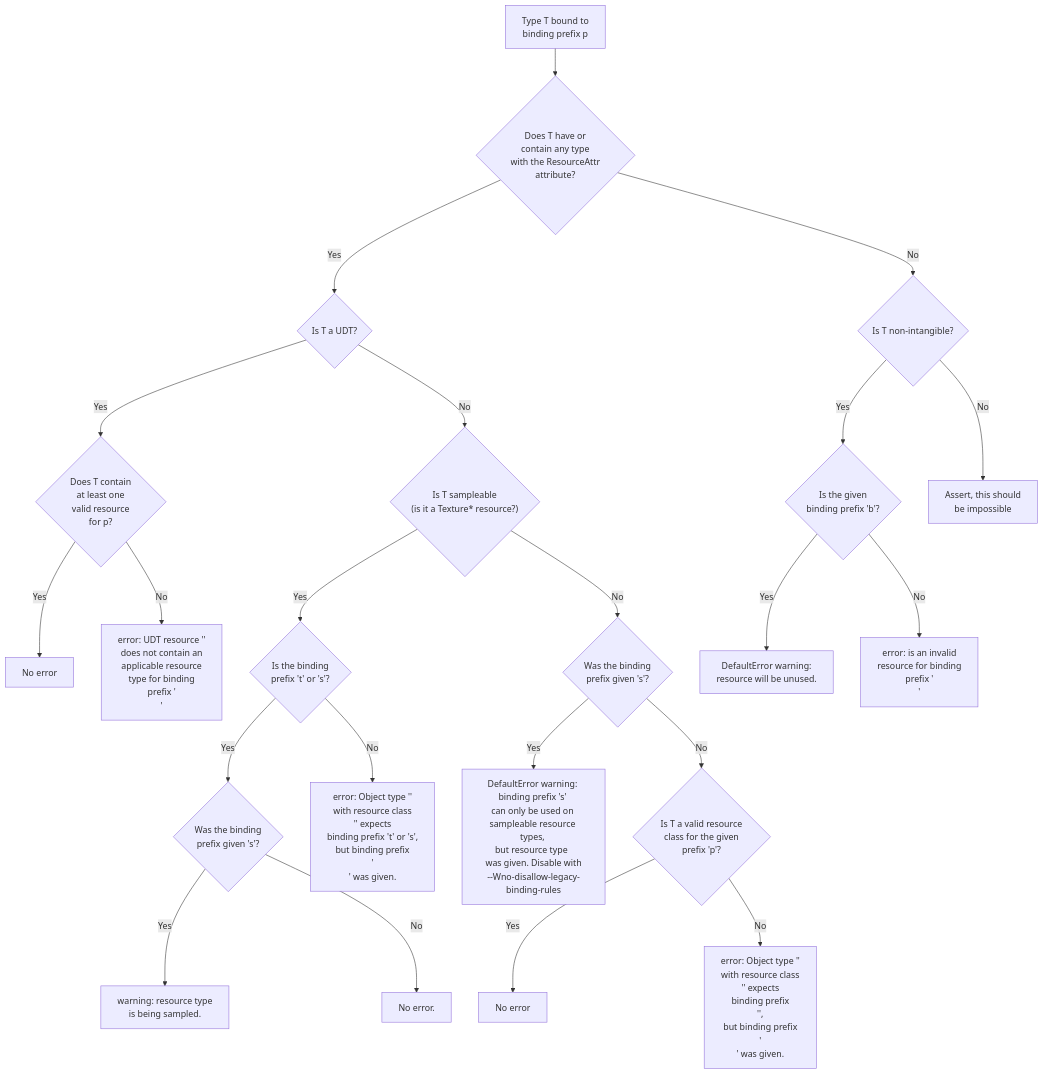
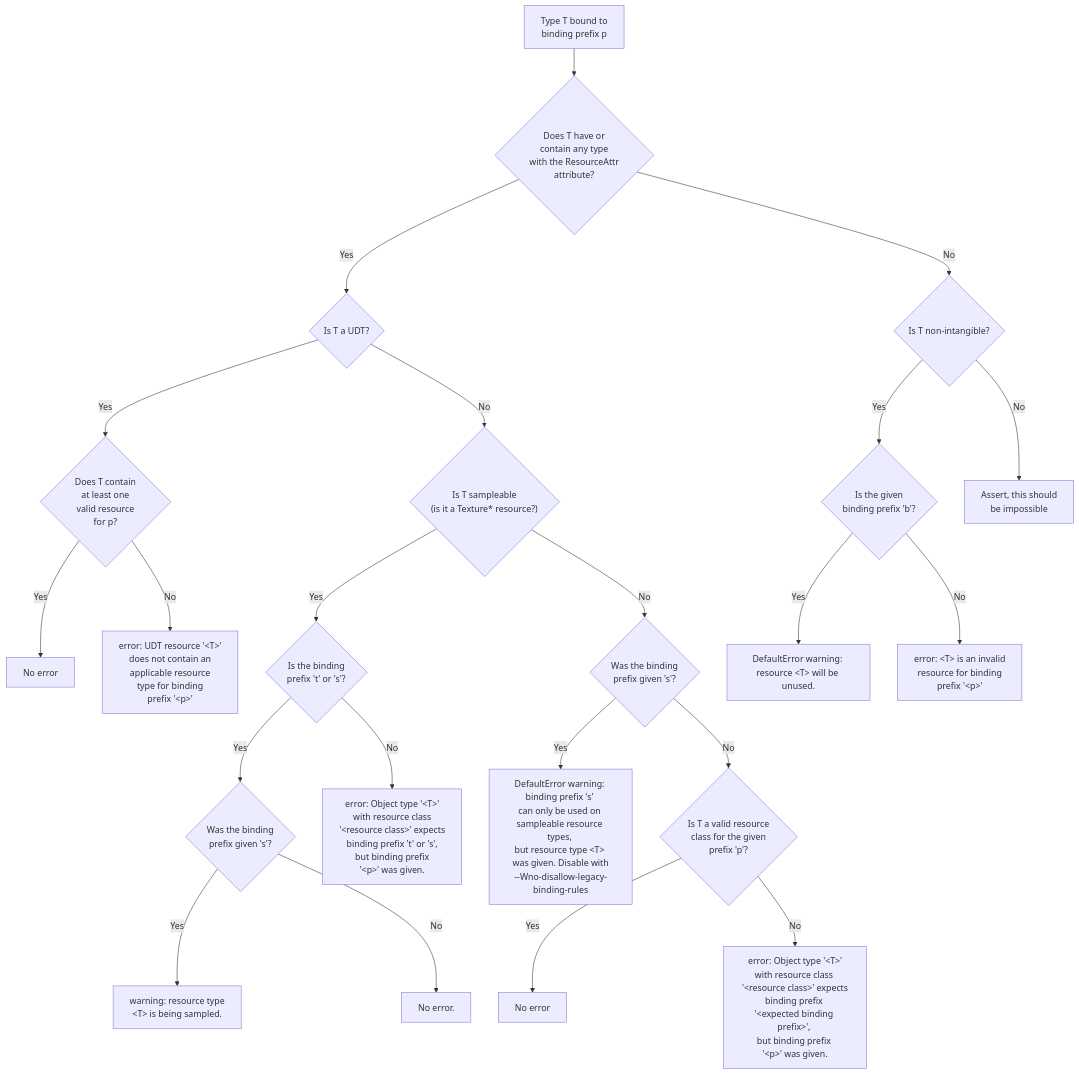
The diagram in proposals/infra/INF-0004-binding-resource-binding-diagnostics.md (microsoft/hlsl-specs), drawn with Mermaid before and after one commit.

Commit message:
use &gt and &lt instead of <>

````diff
--- a/proposals/infra/INF-0004-binding-resource-binding-diagnostics.md
+++ b/proposals/infra/INF-0004-binding-resource-binding-diagnostics.md
@@ -132,64 +132,64 @@
 ```mermaid
 flowchart TD
 A[Type T bound to 
 binding prefix p] --> B{Does T have or 
 contain any type
 with the ResourceAttr
 attribute?}
 B -- Yes -->C{Is T a UDT?}
 B -- No --> M{Is T non-intangible?}
 C -- Yes -->D{Does T contain
 at least one 
 valid resource 
 for p?}
 C -- No -->G{"Is T sampleable 
 (is it a Texture* resource?)"}
 D -- Yes -->E[No error]
-D -- No -->F[error: UDT resource '<T>'
+D -- No -->F[error: UDT resource '&ltT&gt'
 does not contain an 
 applicable resource 
 type for binding 
-prefix '<p>']
+prefix '&ltp&gt']
 G -- Yes -->H{Is the binding 
 prefix 't' or 's'?}
 G -- No --> I{Was the binding 
 prefix given 's'?}
 H -- Yes -->L{Was the binding 
 prefix given 's'?}
-H -- No --> J[error: Object type '<T>' 
+H -- No --> J[error: Object type '&ltT&gt' 
 with resource class 
-'<resource class>' expects 
+'&ltresource class&gt' expects 
 binding prefix 't' or 's', 
 but binding prefix 
-'<p>' was given.]
+'&ltp&gt' was given.]
 I -- Yes --> V[DefaultError warning: 
 binding prefix 's' 
 can only be used on 
 sampleable resource types, 
-but resource type <T> 
+but resource type &ltT&gt 
 was given. Disable with
 --Wno-disallow-legacy-binding-rules]
 I -- No -->K{Is T a valid resource
 class for the given
 prefix 'p'?}
 K -- Yes -->Q[No error]
-K -- No --> R[error: Object type '<T>'
+K -- No --> R[error: Object type '&ltT&gt'
 with resource class 
-'<resource class>' expects
+'&ltresource class&gt' expects
 binding prefix 
-'<expected binding prefix>', 
+'&ltexpected binding prefix&gt', 
 but binding prefix 
-'<p>' was given.]
+'&ltp&gt' was given.]
 L -- Yes -->O[warning: resource type 
-<T> is being sampled.]
+&ltT> is being sampled.]
 L -- No -->P[No error.]
 M -- Yes -->N{Is the given 
 binding prefix 'b'?}
 M -- No --> S[Assert, this should 
 be impossible]
 N -- Yes -->T[DefaultError warning: 
-resource <T> will be unused.]
-N -- No -->U[error: <T> is an invalid 
+resource &ltT&gt will be unused.]
+N -- No -->U[error: &ltT&gt is an invalid 
 resource for binding 
-prefix '<p>']
+prefix '&ltp&gt']
 ```
````
